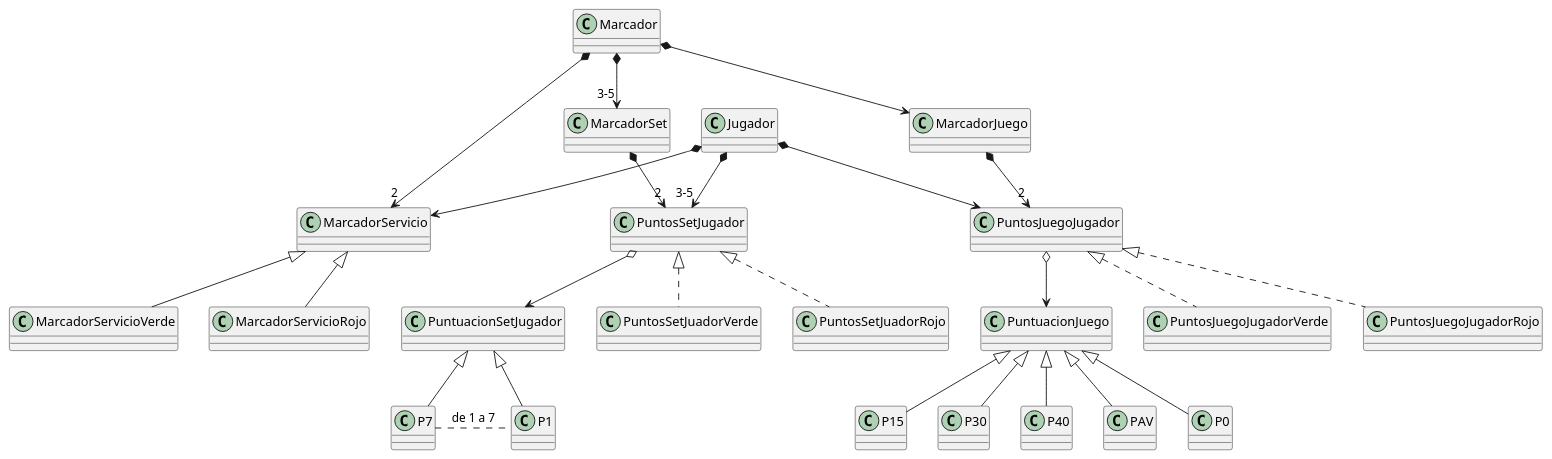
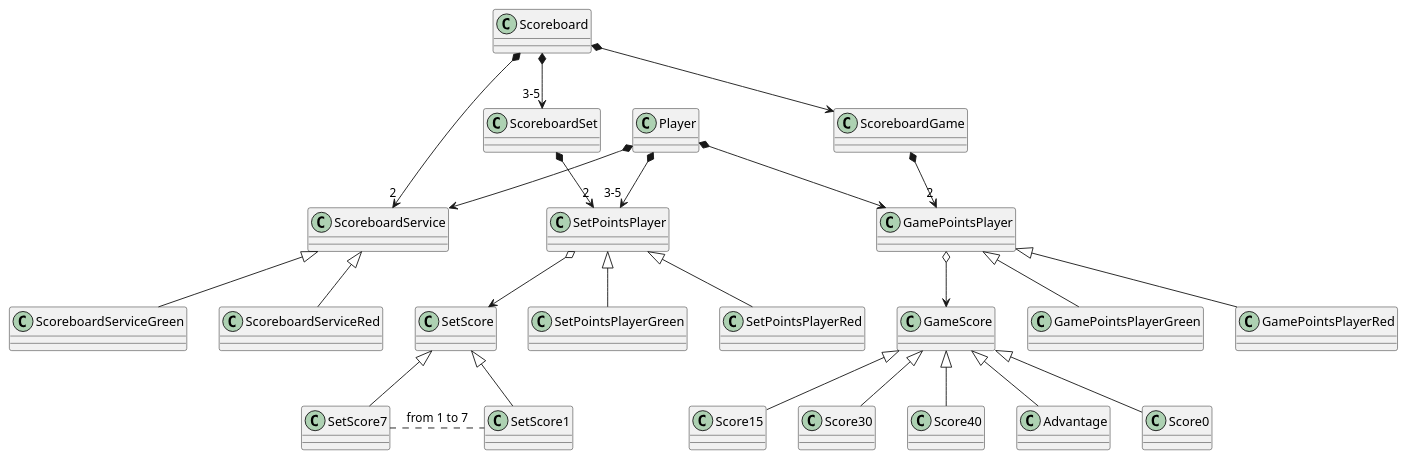
One commit to midesweb/marcador-tenis changed the diagram in modelo-marcador.plantuml. Above: the diagram before and after it, drawn with PlantUML.

Commit message:
cambio nombres a inglés

```diff
--- a/modelo-marcador.plantuml
+++ b/modelo-marcador.plantuml
@@ -1,55 +1,58 @@
 @startuml
 
-class Marcador
-class MarcadorSet
-class MarcadorJuego
-class MarcadorServicio
+class Scoreboard
+class ScoreboardSet
+class ScoreboardGame
+class ScoreboardService
 
-class PuntosSetJugador
-class PuntosSetJuadorVerde
-class PuntosSetJuadorRojo
-class PuntosJuegoJugador
-class PuntosJuegoJugadorVerde
-class PuntosJuegoJugadorRojo
+class SetPointsPlayer
+class SetPointsPlayerGreen
+class SetPointsPlayerRed
+class GamePointsPlayer
+class GamePointsPlayerGreen
+class GamePointsPlayerRed
 
-class PuntuacionJuego
-class P0
-class P15
-class P30
-class P40
-class PAV
+class GameScore
+class Score0
+class Score15
+class Score30
+class Score40
+class Advantage
 
-class Jugador
+class SetScore
+class SetScore1
+class SetScore7
 
-Marcador *--> "3-5" MarcadorSet
-MarcadorSet *--> "2" PuntosSetJugador
-PuntosSetJuadorVerde .up.|> PuntosSetJugador
-PuntosSetJuadorRojo .up.|> PuntosSetJugador
+class Player
 
-Marcador *--> MarcadorJuego
-MarcadorJuego *--> "2" PuntosJuegoJugador
-PuntosJuegoJugadorVerde .up.|> PuntosJuegoJugador
-PuntosJuegoJugadorRojo .up.|> PuntosJuegoJugador
+Scoreboard *--> "3-5" ScoreboardSet
+ScoreboardSet *--> "2" SetPointsPlayer
+SetPointsPlayerGreen -up-|> SetPointsPlayer
+SetPointsPlayerRed -up-|> SetPointsPlayer
 
-PuntosJuegoJugador o-down-> PuntuacionJuego
-P0 -up-|> PuntuacionJuego
-P15 -up-|> PuntuacionJuego
-P30 -up-|> PuntuacionJuego
-P40 -up-|> PuntuacionJuego
-PAV -up-|> PuntuacionJuego
+Scoreboard *--> ScoreboardGame
+ScoreboardGame *--> "2" GamePointsPlayer
+GamePointsPlayerGreen -up-|> GamePointsPlayer
+GamePointsPlayerRed -up-|> GamePointsPlayer
 
-PuntosSetJugador o-down-> PuntuacionSetJugador
-P1 -up-|> PuntuacionSetJugador
-P7 -up-|> PuntuacionSetJugador
-P1 .left. P7 : de 1 a 7
+GamePointsPlayer o-down-> GameScore
+Score0 -up-|> GameScore
+Score15 -up-|> GameScore
+Score30 -up-|> GameScore
+Score40 -up-|> GameScore
+Advantage -up-|> GameScore
 
+SetPointsPlayer o-down-> SetScore
+SetScore1 -up-|> SetScore
+SetScore7 -up-|> SetScore
+SetScore1 .left. SetScore7 : from 1 to 7
 
-Marcador *--> "2" MarcadorServicio
-MarcadorServicioVerde -up-|> MarcadorServicio
-MarcadorServicioRojo -up-|> MarcadorServicio
+Scoreboard *--> "2" ScoreboardService
+ScoreboardServiceGreen -up-|> ScoreboardService
+ScoreboardServiceRed -up-|> ScoreboardService
 
-Jugador *--> PuntosJuegoJugador
-Jugador *--> "3-5" PuntosSetJugador
-Jugador *--> MarcadorServicio
+Player *--> GamePointsPlayer
+Player *--> "3-5" SetPointsPlayer
+Player *--> ScoreboardService
 
 @enduml
```
